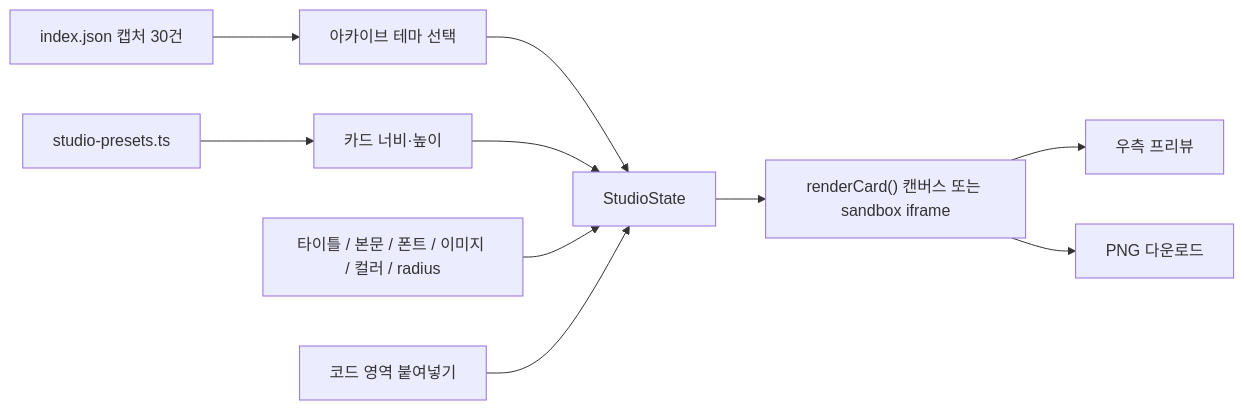
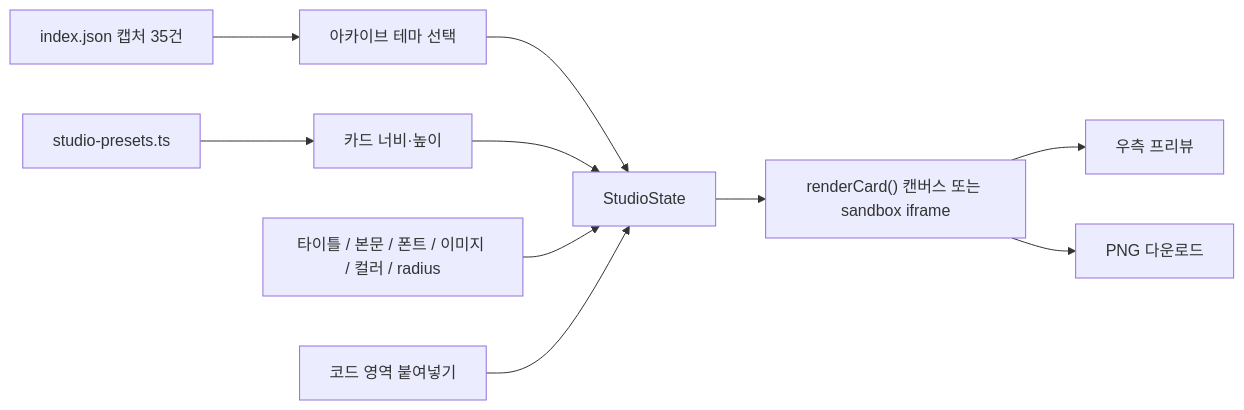
One commit to woongs2021/AX-DESIGN-TOOL changed the diagram in docs/phase-1-online-marketing-studio.md. Above: the diagram before and after it, drawn with Mermaid. The commit also changed other lines of this file and 65 other files, not shown here.

````diff
--- a/docs/phase-1-online-marketing-studio.md
+++ b/docs/phase-1-online-marketing-studio.md
@@ -136,12 +140,12 @@
 ```mermaid
 flowchart LR
-  index["index.json 캡처 30건"] --> theme["아카이브 테마 선택"]
+  index["index.json 캡처 35건"] --> theme["아카이브 테마 선택"]
   preset["studio-presets.ts"] --> size["카드 너비·높이"]
   theme --> state["StudioState"]
   size --> state
   inputs["타이틀 / 본문 / 폰트 / 이미지 / 컬러 / radius"] --> state
   code["코드 영역 붙여넣기"] --> state
   state --> render["renderCard() 캔버스 또는 sandbox iframe"]
   render --> preview["우측 프리뷰"]
   render --> png["PNG 다운로드"]
 ```
````
